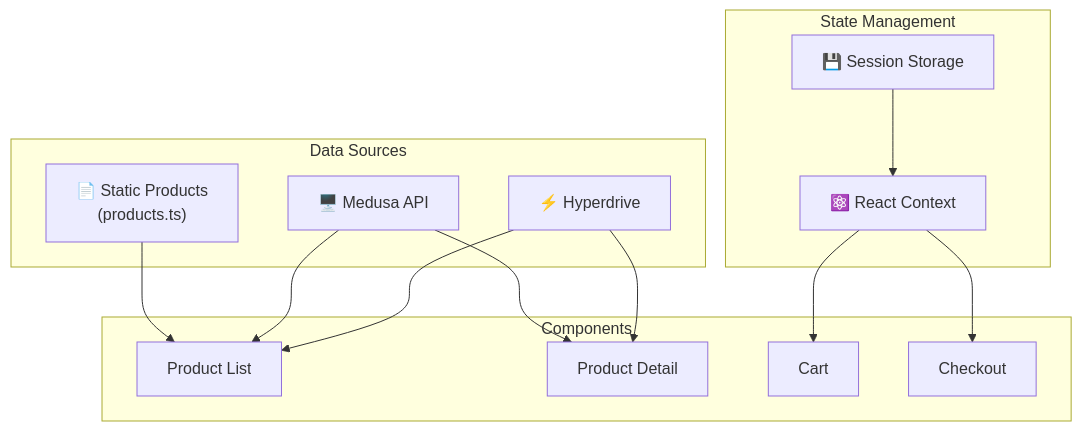
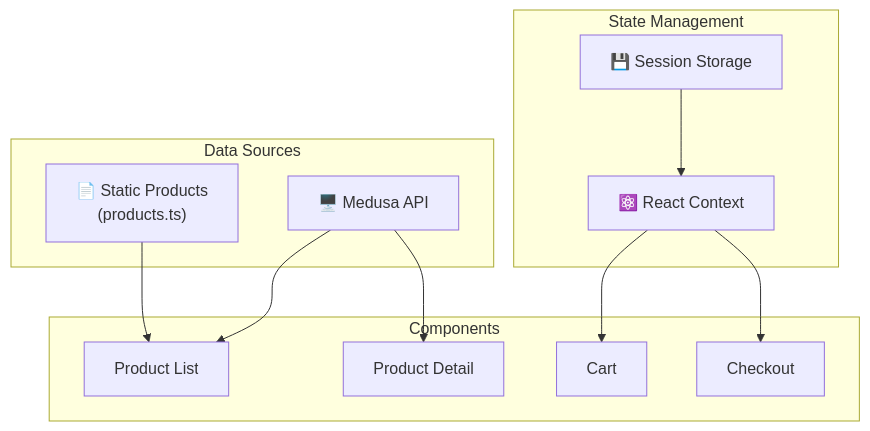
The first of 3 diagrams in docs/architecture/data-layer.md (builderbuilds123/gracestowel), drawn with Mermaid before and after one commit. The commit also changed other lines of this file and 38 other files, not shown here.

````diff
--- a/docs/architecture/data-layer.md
+++ b/docs/architecture/data-layer.md
@@ -13,29 +13,26 @@
 ```mermaid
 flowchart TB
     subgraph "Data Sources"
         Static["📄 Static Products<br/>(products.ts)"]
         Medusa["🖥️ Medusa API"]
-        HD["⚡ Hyperdrive"]
     end
 
     subgraph "State Management"
         Context["⚛️ React Context"]
         Session["💾 Session Storage"]
     end
 
     subgraph "Components"
         PLP["Product List"]
         PDP["Product Detail"]
         Cart["Cart"]
         Checkout["Checkout"]
     end
 
     Static --> PLP
     Medusa --> PLP
-    HD --> PLP
     Medusa --> PDP
-    HD --> PDP
     Context --> Cart
     Session --> Context
     Context --> Checkout
 ```
````
